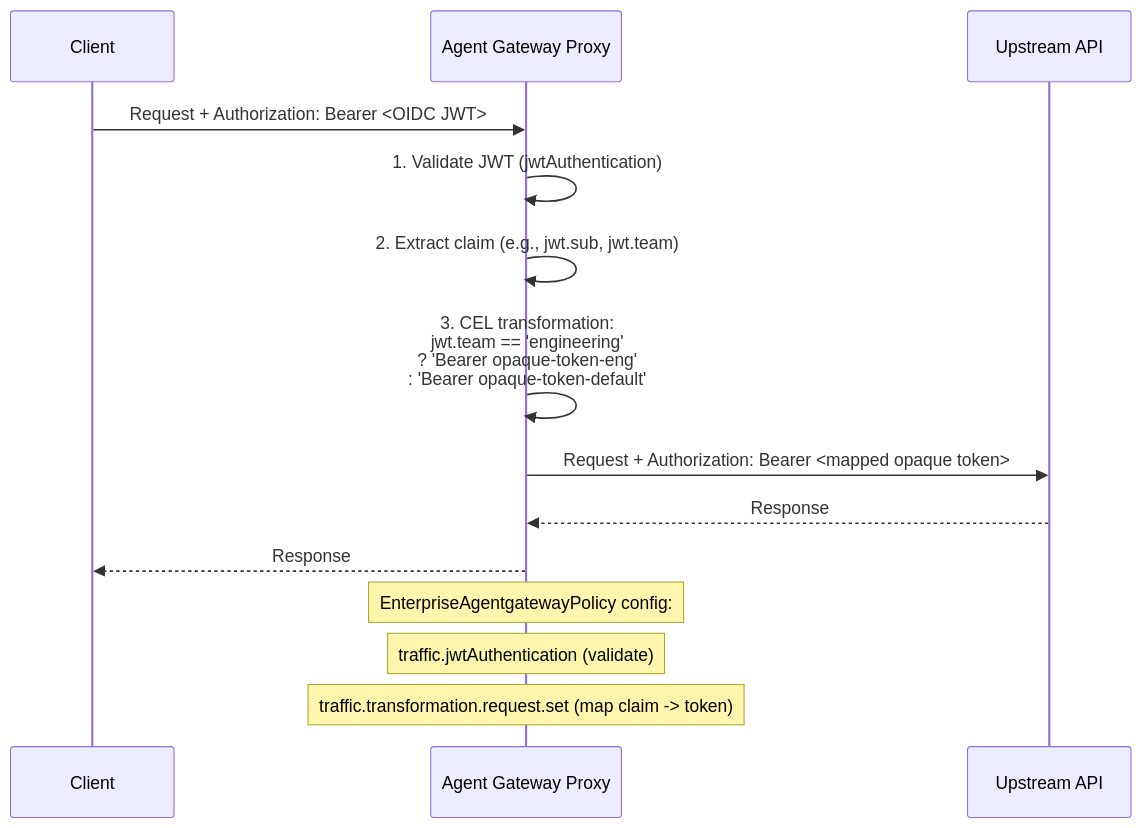
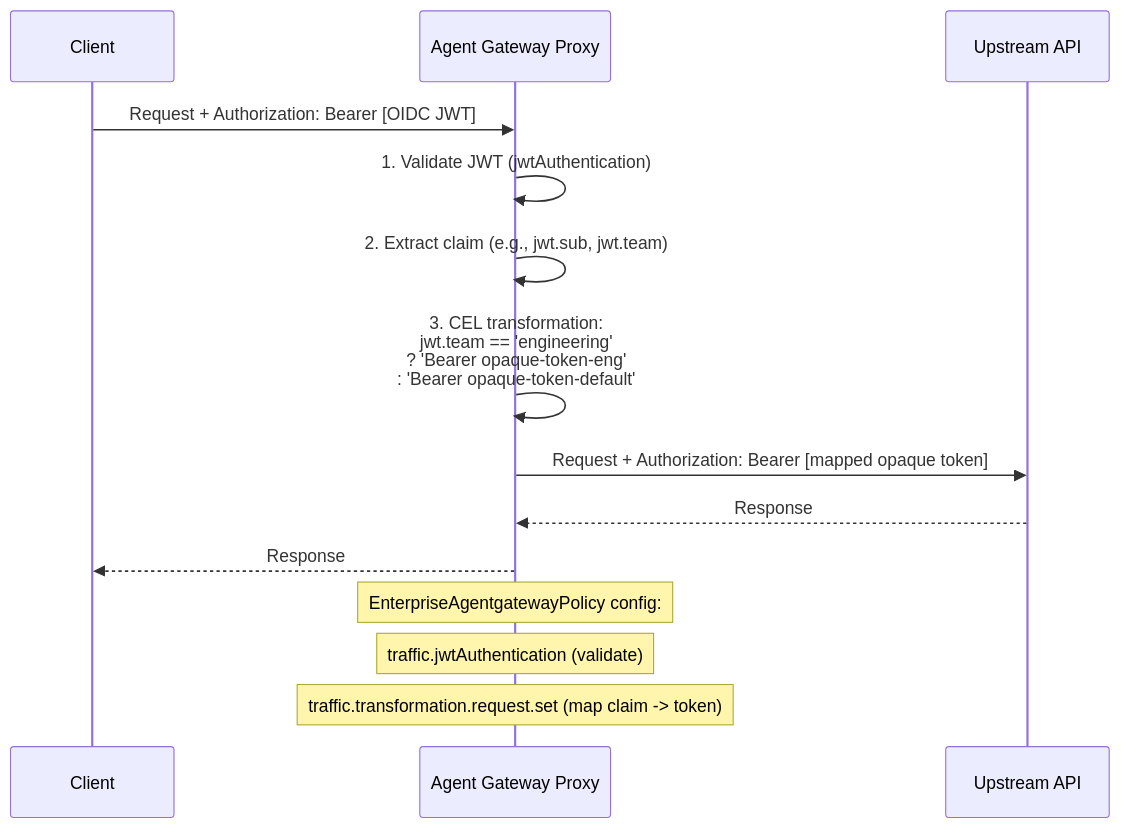
Before and after one commit to coryjett/solo-misc-workshops: the eighth of 15 diagrams in token-flow-diagrams/agent-gateway-token-flows.md, drawn with Mermaid. The commit also changed other lines of this file and 1 other file, not shown here.

First line of the commit message:
Fix Mermaid syntax errors: replace angle brackets with square brackets in diagrams

````diff
--- a/token-flow-diagrams/agent-gateway-token-flows.md
+++ b/token-flow-diagrams/agent-gateway-token-flows.md
@@ -222,18 +222,18 @@
 ```mermaid
 sequenceDiagram
     participant Client
     participant AGW as Agent Gateway Proxy
     participant Backend as Upstream API
 
-    Client->>AGW: Request + Authorization: Bearer <OIDC JWT>
+    Client->>AGW: Request + Authorization: Bearer [OIDC JWT]
     AGW->>AGW: 1. Validate JWT (jwtAuthentication)
     AGW->>AGW: 2. Extract claim (e.g., jwt.sub, jwt.team)
     AGW->>AGW: 3. CEL transformation:<br/>jwt.team == 'engineering'<br/>? 'Bearer opaque-token-eng'<br/>: 'Bearer opaque-token-default'
-    AGW->>Backend: Request + Authorization: Bearer <mapped opaque token>
+    AGW->>Backend: Request + Authorization: Bearer [mapped opaque token]
     Backend-->>AGW: Response
     AGW-->>Client: Response
 
     Note over AGW: EnterpriseAgentgatewayPolicy config:
     Note over AGW: traffic.jwtAuthentication (validate)
     Note over AGW: traffic.transformation.request.set (map claim -> token)
 ```
````
